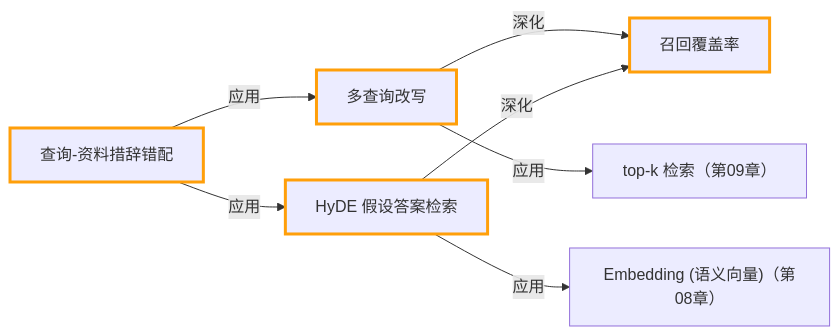
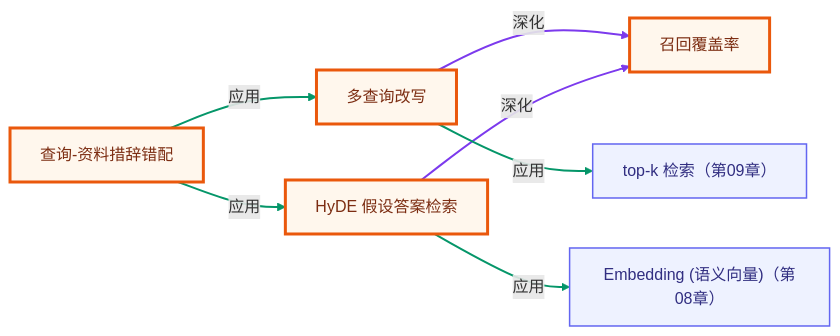
Before and after one commit to songuu/agent: the second of 2 diagrams in rag-advanced/04-query-transformation/README.md, drawn with Mermaid. The commit also changed other lines of this file and 72 other files, not shown here.

````diff
--- a/rag-advanced/04-query-transformation/README.md
+++ b/rag-advanced/04-query-transformation/README.md
@@ -210,19 +212,25 @@
 ```mermaid
 graph LR
+  classDef own fill:#fff7ed,stroke:#ea580c,stroke-width:3px,color:#7c2d12;
+  classDef cross fill:#eef2ff,stroke:#6366f1,stroke-width:1.5px,color:#312e81;
   n_cragquery_mismatch["查询-资料措辞错配"]
   n_cragquery_multi_query["多查询改写"]
   n_cragquery_hyde["HyDE 假设答案检索"]
   n_cragquery_recall_coverage["召回覆盖率"]
   n_c08_embedding["Embedding (语义向量)（第08章）"]
   n_c09_topk_retrieval["top-k 检索（第09章）"]
   n_cragquery_mismatch -->|应用| n_cragquery_multi_query
   n_cragquery_mismatch -->|应用| n_cragquery_hyde
   n_cragquery_multi_query -->|深化| n_cragquery_recall_coverage
   n_cragquery_hyde -->|深化| n_cragquery_recall_coverage
   n_cragquery_hyde -->|应用| n_c08_embedding
   n_cragquery_multi_query -->|应用| n_c09_topk_retrieval
-  style n_cragquery_mismatch stroke:#ff9f0a,stroke-width:3px
-  style n_cragquery_multi_query stroke:#ff9f0a,stroke-width:3px
-  style n_cragquery_hyde stroke:#ff9f0a,stroke-width:3px
-  style n_cragquery_recall_coverage stroke:#ff9f0a,stroke-width:3px
+  class n_cragquery_mismatch,n_cragquery_multi_query,n_cragquery_hyde,n_cragquery_recall_coverage own;
+  class n_c08_embedding,n_c09_topk_retrieval cross;
+  linkStyle 0 stroke:#059669,stroke-width:2px;
+  linkStyle 1 stroke:#059669,stroke-width:2px;
+  linkStyle 2 stroke:#7c3aed,stroke-width:2px;
+  linkStyle 3 stroke:#7c3aed,stroke-width:2px;
+  linkStyle 4 stroke:#059669,stroke-width:2px;
+  linkStyle 5 stroke:#059669,stroke-width:2px;
 ```
````
